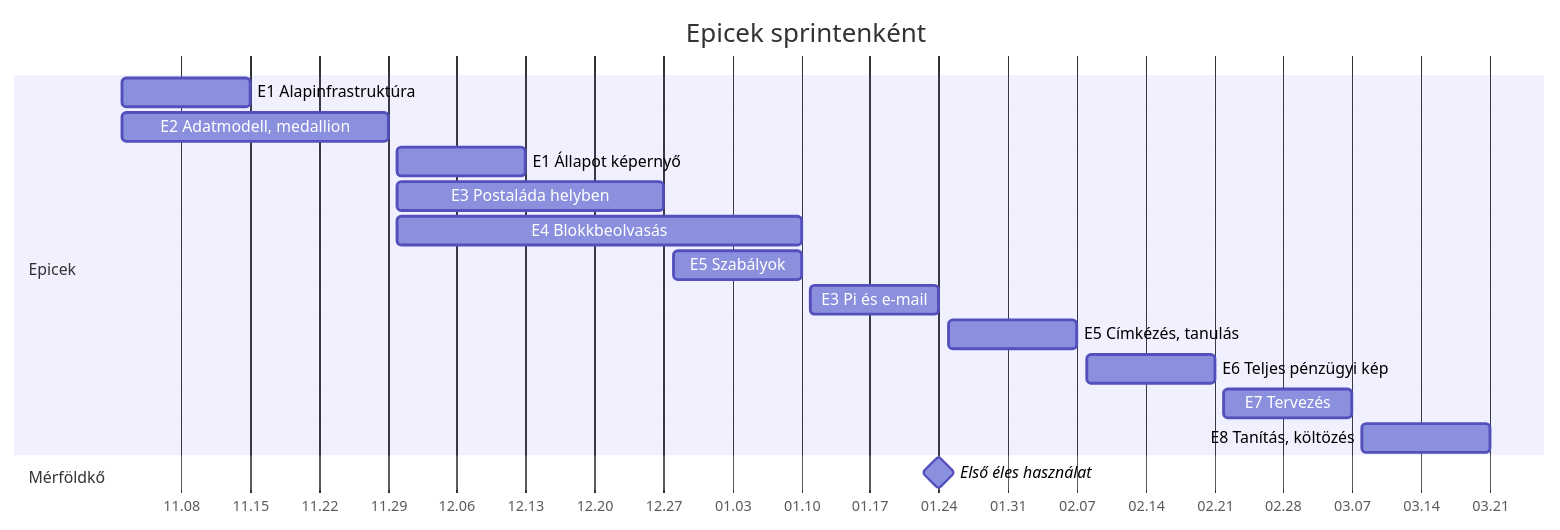
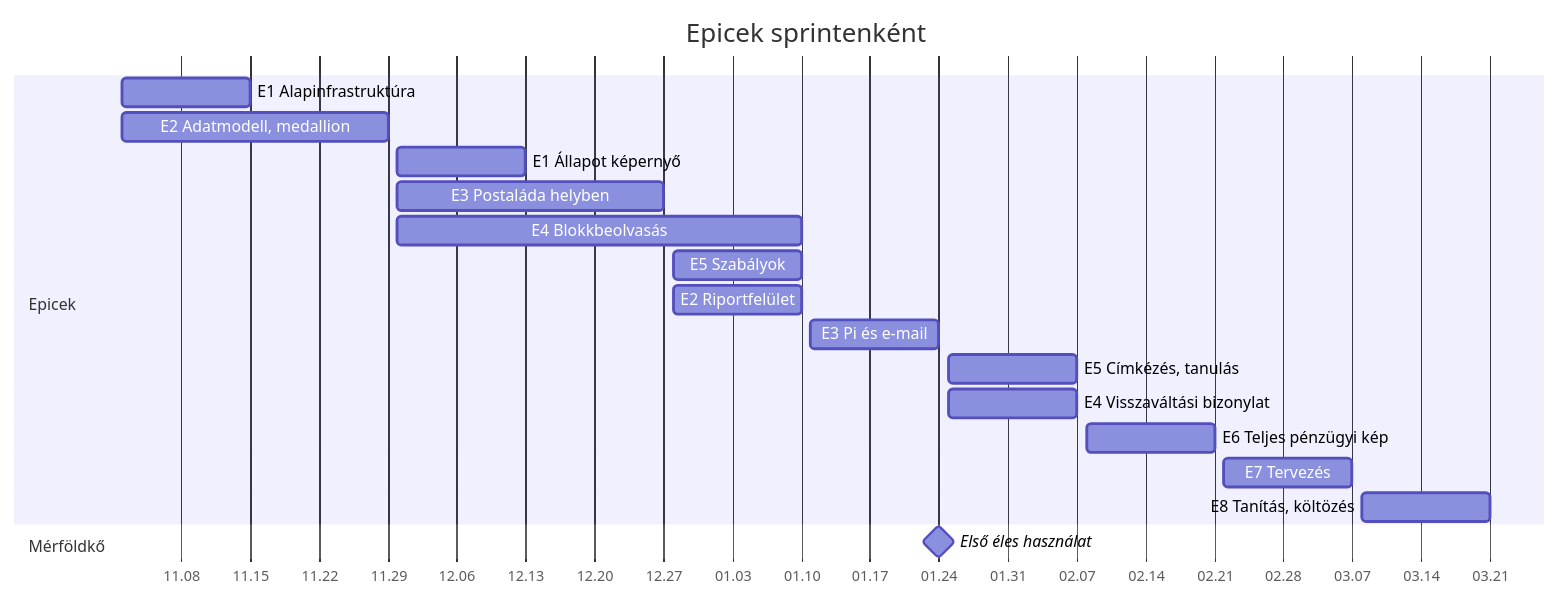
One commit to Pokol-olvr/finance-tracker changed the diagram in docs/Fejlesztési terv.md. Above: the diagram before and after it, drawn with Mermaid. The commit also changed other lines of this file and 6 other files, not shown here.

````diff
--- a/docs/Fejlesztési terv.md
+++ b/docs/Fejlesztési terv.md
@@ -32,20 +32,22 @@
 ```mermaid
 gantt
   title Epicek sprintenként
   dateFormat YYYY-MM-DD
   axisFormat %m.%d
   section Epicek
   E1 Alapinfrastruktúra        :e1, 2026-11-02, 2026-11-15
   E2 Adatmodell, medallion     :e2, 2026-11-02, 2026-11-29
   E1 Állapot képernyő          :e1b, 2026-11-30, 2026-12-13
   E3 Postaláda helyben          :e3a, 2026-11-30, 2026-12-27
   E4 Blokkbeolvasás            :e4, 2026-11-30, 2027-01-10
   E5 Szabályok                 :e5a, 2026-12-28, 2027-01-10
+  E2 Riportfelület             :e2b, 2026-12-28, 2027-01-10
   E3 Pi és e-mail              :e3b, 2027-01-11, 2027-01-24
   E5 Címkézés, tanulás         :e5b, 2027-01-25, 2027-02-07
+  E4 Visszaváltási bizonylat   :e4b, 2027-01-25, 2027-02-07
   E6 Teljes pénzügyi kép       :e6, 2027-02-08, 2027-02-21
   E7 Tervezés                  :e7, 2027-02-22, 2027-03-07
   E8 Tanítás, költözés         :e8, 2027-03-08, 2027-03-21
   section Mérföldkő
   Első éles használat          :milestone, m1, 2027-01-24, 0d
 ```
````
